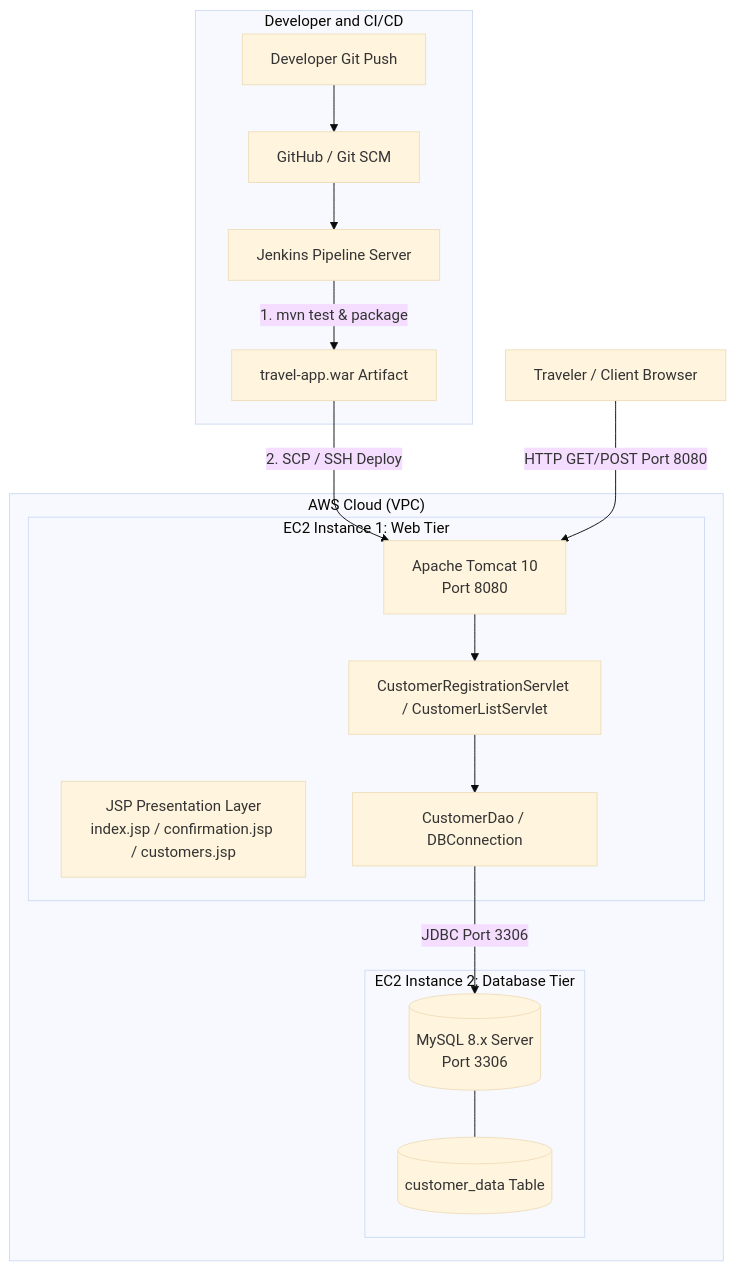
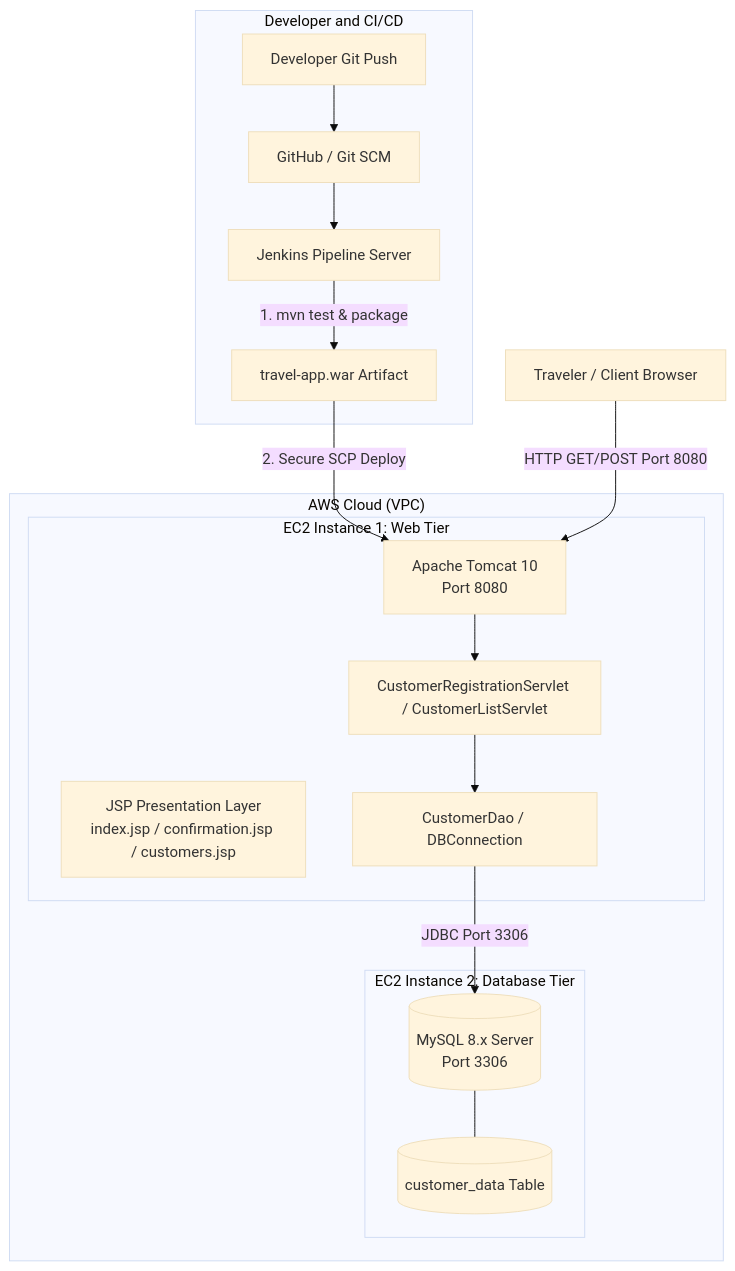
One commit to krishnaTvc/tomcat-java-app changed the diagram in README.md. Above: the diagram before and after it, drawn with Mermaid (base theme). The commit also changed other lines of this file and 6 other files, not shown here.

Commit message:
Resolve 8 repository issues: deployment context, smoke test, agent label, path mismatch, safe DB user, patched Tomcat, MySQL IT test, and secure SSH

````diff
--- a/README.md
+++ b/README.md
@@ -9,29 +9,29 @@
 ```mermaid
 flowchart TD
     subgraph cicd ["Developer and CI/CD"]
         DEV["Developer Git Push"] --> REPO["GitHub / Git SCM"]
         REPO --> JENKINS["Jenkins Pipeline Server"]
         JENKINS -->|"1. mvn test & package"| WAR["travel-app.war Artifact"]
     end
 
     subgraph aws_cloud ["AWS Cloud (VPC)"]
         subgraph ec2_web ["EC2 Instance 1: Web Tier"]
             TOMCAT["Apache Tomcat 10<br/>Port 8080"]
             SERVLET["CustomerRegistrationServlet / CustomerListServlet"]
             JSP["JSP Presentation Layer<br/>index.jsp / confirmation.jsp / customers.jsp"]
             DAO["CustomerDao / DBConnection"]
         end
 
         subgraph ec2_db ["EC2 Instance 2: Database Tier"]
             MYSQL[("MySQL 8.x Server<br/>Port 3306")]
             TABLE[("customer_data Table")]
         end
     end
 
-    WAR -->|"2. SCP / SSH Deploy"| TOMCAT
+    WAR -->|"2. Secure SCP Deploy"| TOMCAT
     USER["Traveler / Client Browser"] -->|"HTTP GET/POST Port 8080"| TOMCAT
     TOMCAT --> SERVLET
     SERVLET --> DAO
     DAO -->|"JDBC Port 3306"| MYSQL
     MYSQL --- TABLE
 ```
````
